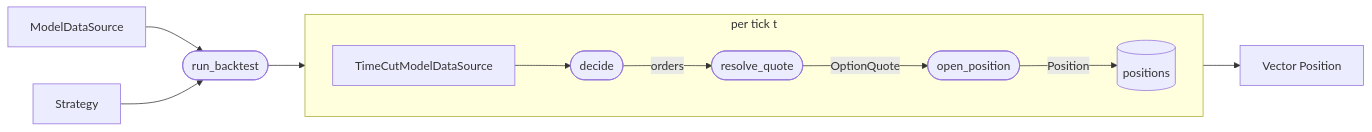
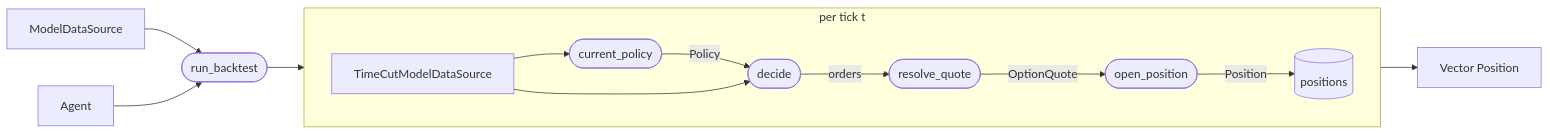
Before and after one commit to aleCombi/VolSurfaceAnalysis.jl: the diagram in docs/modules/backtest.md, drawn with Mermaid. The commit also changed other lines of this file and 14 other files, not shown here.

First line of the commit message:
Split Strategy into Policy + Agent (RL convention)

````diff
--- a/docs/modules/backtest.md
+++ b/docs/modules/backtest.md
@@ -17,23 +17,26 @@
 ```mermaid
 flowchart LR
     MDS[ModelDataSource]
-    Strategy[Strategy]
+    Agent[Agent]
     Engine([run_backtest])
     MDS --> Engine
-    Strategy --> Engine
+    Agent --> Engine
 
     subgraph Loop["per tick t"]
         direction LR
         Cut[TimeCutModelDataSource]
+        CP([current_policy])
         D([decide])
         RQ([resolve_quote])
         OP([open_position])
+        Cut --> CP
+        CP -->|Policy| D
         Cut --> D
         D -->|orders| RQ
         RQ -->|OptionQuote| OP
         OP -->|Position| Ledger[(positions)]
     end
 
     Engine --> Loop
     Ledger --> Out[Vector Position]
 ```
````
